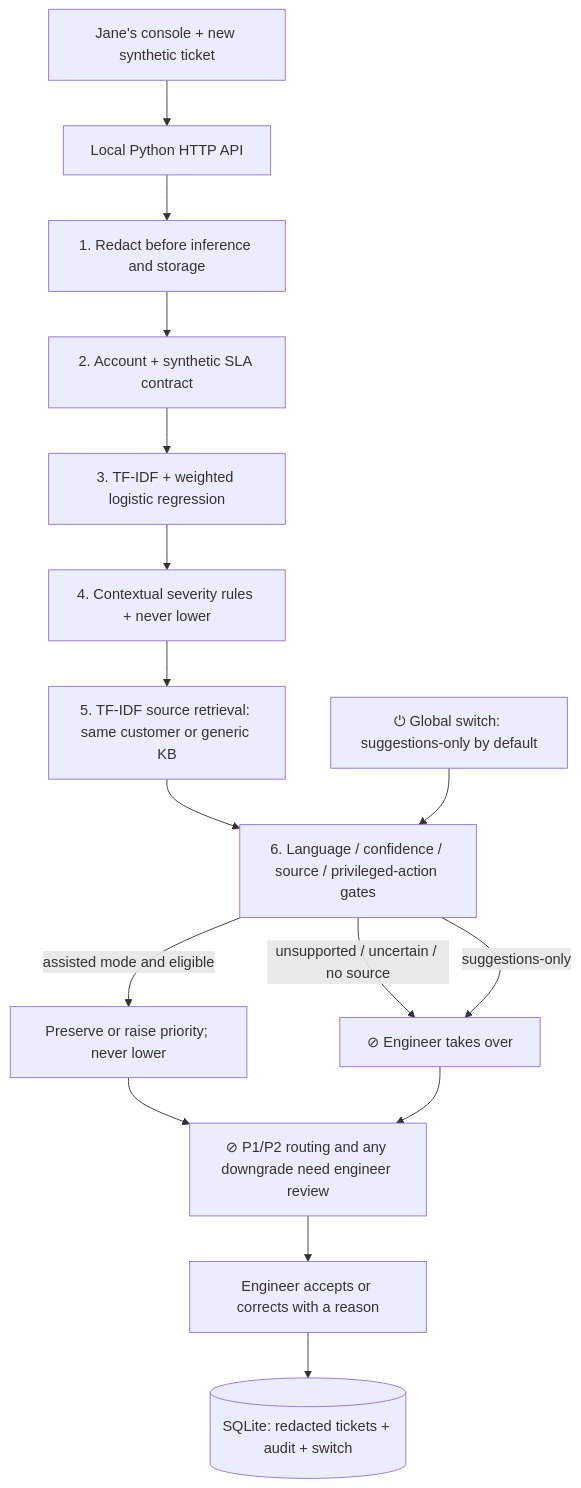
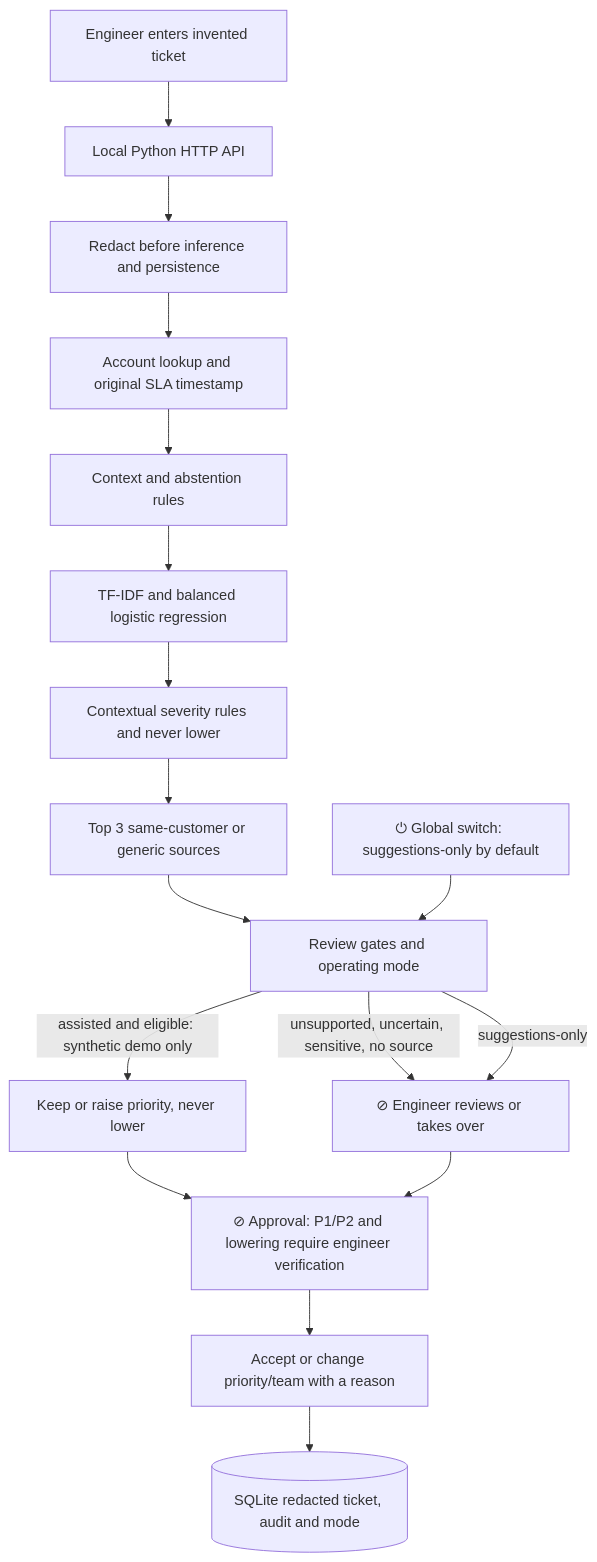
The diagram in 04_architecture.md (LunaGrandjean/Cybersecurity-SaaS), drawn with Mermaid before and after one commit. The commit also changed other lines of this file and 31 other files, not shown here.

````diff
--- a/04_architecture.md
+++ b/04_architecture.md
@@ -11,18 +9,19 @@
 ```mermaid
 flowchart TD
-    UI[Jane's console + new synthetic ticket] --> API[Local Python HTTP API]
-    API --> REDACT[1. Redact before inference and storage]
-    REDACT --> LOOKUP[2. Account + synthetic SLA contract]
-    LOOKUP --> MODEL[3. TF-IDF + weighted logistic regression]
-    MODEL --> RULES[4. Contextual severity rules + never lower]
-    RULES --> RET[5. TF-IDF source retrieval: same customer or generic KB]
-    RET --> POLICY[6. Language / confidence / source / privileged-action gates]
-    SWITCH[⏻ Global switch: suggestions-only by default] --> POLICY
-    POLICY -->|unsupported / uncertain / no source| HUMAN[⊘ Engineer takes over]
+    UI[Engineer enters invented ticket] --> API[Local Python HTTP API]
+    API --> REDACT[Redact before inference and persistence]
+    REDACT --> LOOKUP[Account lookup and original SLA timestamp]
+    LOOKUP --> ABS[Context and abstention rules]
+    ABS --> MODEL[TF-IDF and balanced logistic regression]
+    MODEL --> RULES[Contextual severity rules and never lower]
+    RULES --> RET[Top 3 same-customer or generic sources]
+    RET --> POLICY[Review gates and operating mode]
+    SWITCH["⏻ Global switch: suggestions-only by default"] --> POLICY
+    POLICY -->|unsupported, uncertain, sensitive, no source| HUMAN["⊘ Engineer reviews or takes over"]
     POLICY -->|suggestions-only| HUMAN
-    POLICY -->|assisted mode and eligible| RAISE[Preserve or raise priority; never lower]
-    RAISE --> REVIEW[⊘ P1/P2 routing and any downgrade need engineer review]
-    HUMAN --> REVIEW
-    REVIEW --> ACCEPT[Engineer accepts or corrects with a reason]
-    ACCEPT --> DB[(SQLite: redacted tickets + audit + switch)]
+    POLICY -->|assisted and eligible: synthetic demo only| RAISE[Keep or raise priority, never lower]
+    RAISE --> CHECK["⊘ Approval: P1/P2 and lowering require engineer verification"]
+    HUMAN --> CHECK
+    CHECK --> ACCEPT[Accept or change priority/team with a reason]
+    ACCEPT --> DB[(SQLite redacted ticket, audit and mode)]
 ```
````
